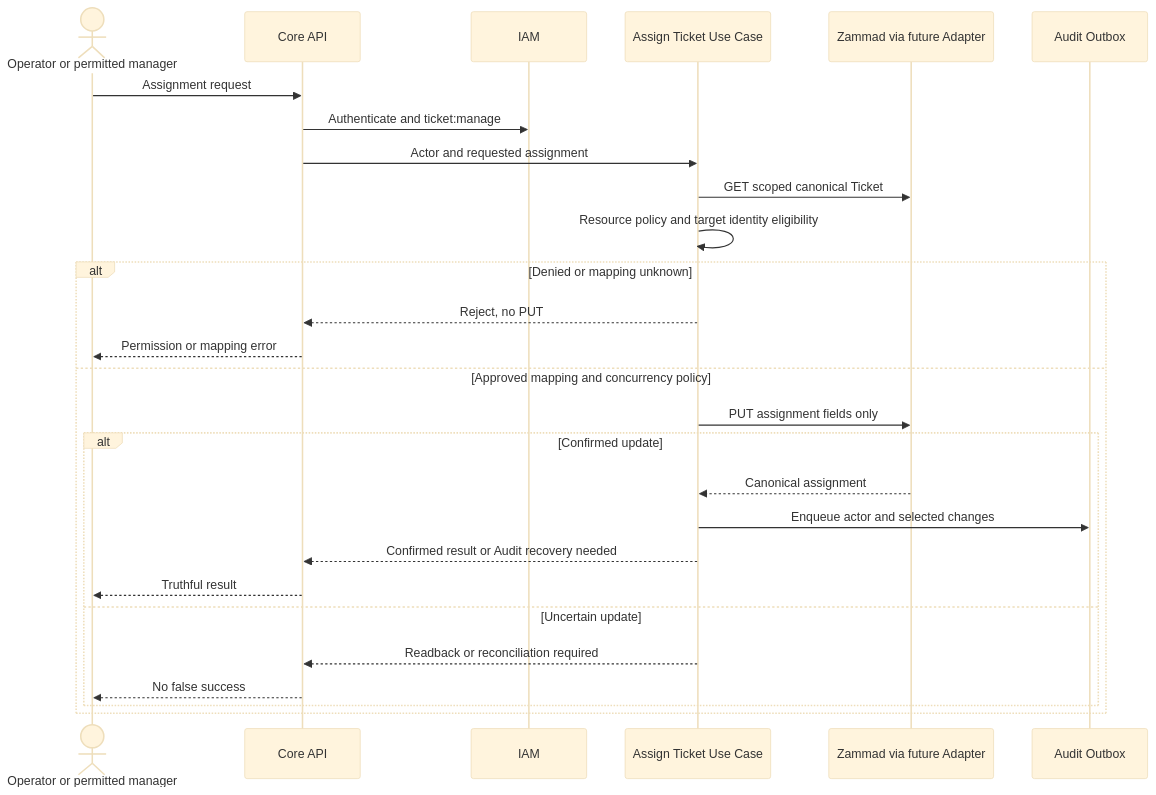
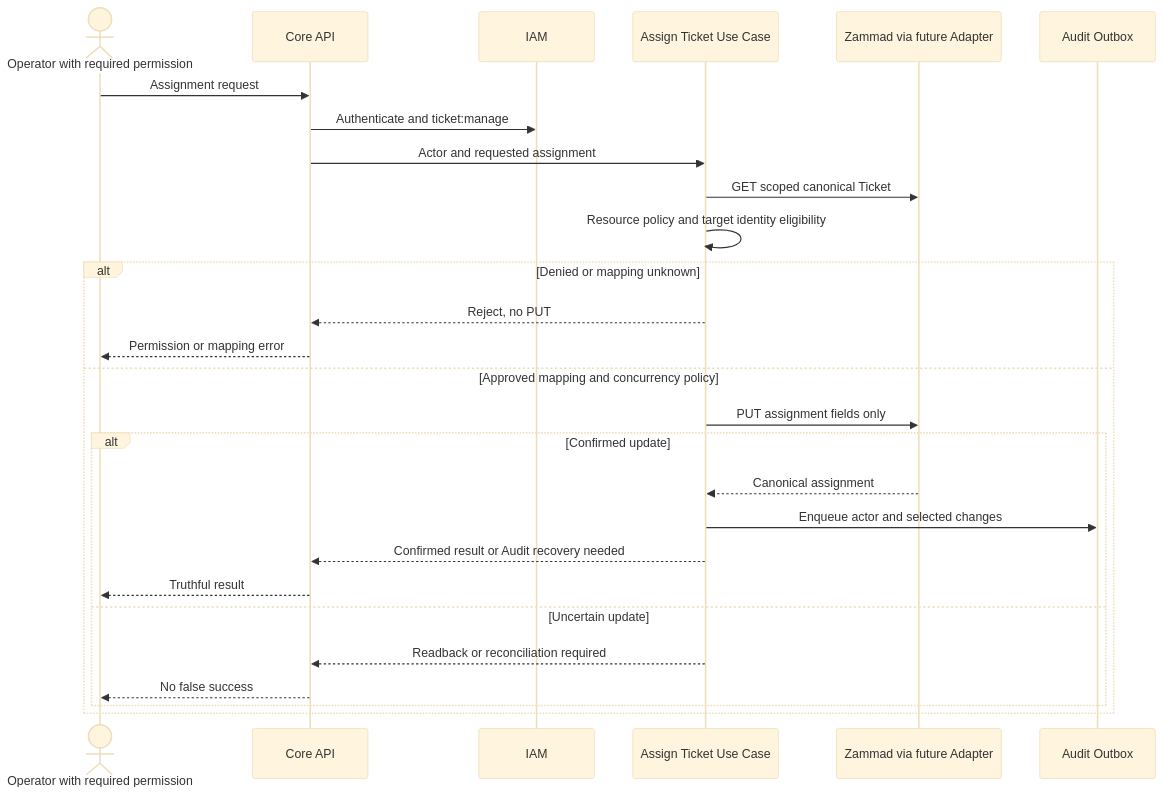
The fifth of 11 diagrams in docs/local/architecture/flow04-ticket-zammad-backend-design.md (AR-IMMS/core-backend), drawn with Mermaid (base theme) before and after one commit. The commit also changed other lines of this file and 12 other files, not shown here.

````diff
--- a/docs/local/architecture/flow04-ticket-zammad-backend-design.md
+++ b/docs/local/architecture/flow04-ticket-zammad-backend-design.md
@@ -325,29 +361,29 @@
 ```mermaid
 sequenceDiagram
-    actor U as Operator or permitted manager
+    actor U as Operator with required permission
     participant C as Core API
     participant I as IAM
     participant T as Assign Ticket Use Case
     participant Z as Zammad via future Adapter
     participant A as Audit Outbox
     U->>C: Assignment request
     C->>I: Authenticate and ticket:manage
     C->>T: Actor and requested assignment
     T->>Z: GET scoped canonical Ticket
     T->>T: Resource policy and target identity eligibility
     alt Denied or mapping unknown
         T-->>C: Reject, no PUT
         C-->>U: Permission or mapping error
     else Approved mapping and concurrency policy
         T->>Z: PUT assignment fields only
         alt Confirmed update
             Z-->>T: Canonical assignment
             T->>A: Enqueue actor and selected changes
             T-->>C: Confirmed result or Audit recovery needed
             C-->>U: Truthful result
         else Uncertain update
             T-->>C: Readback or reconciliation required
             C-->>U: No false success
         end
     end
 ```
````
